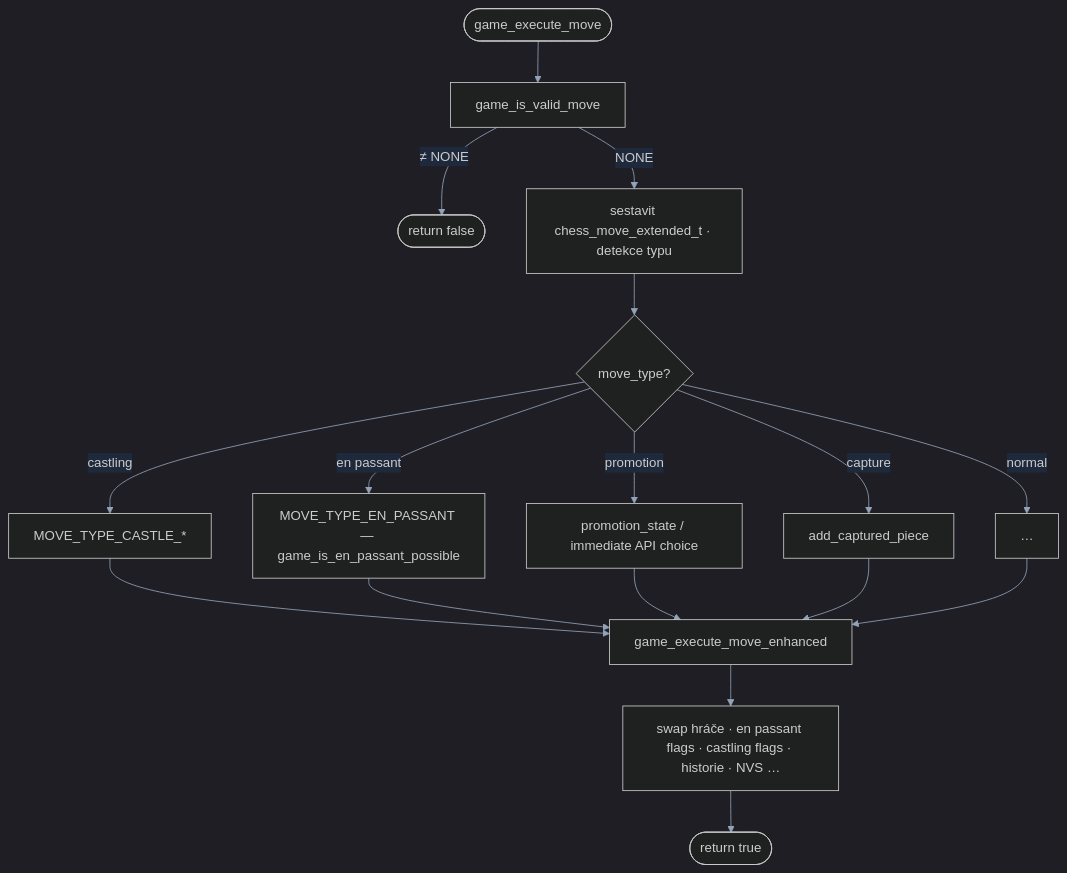
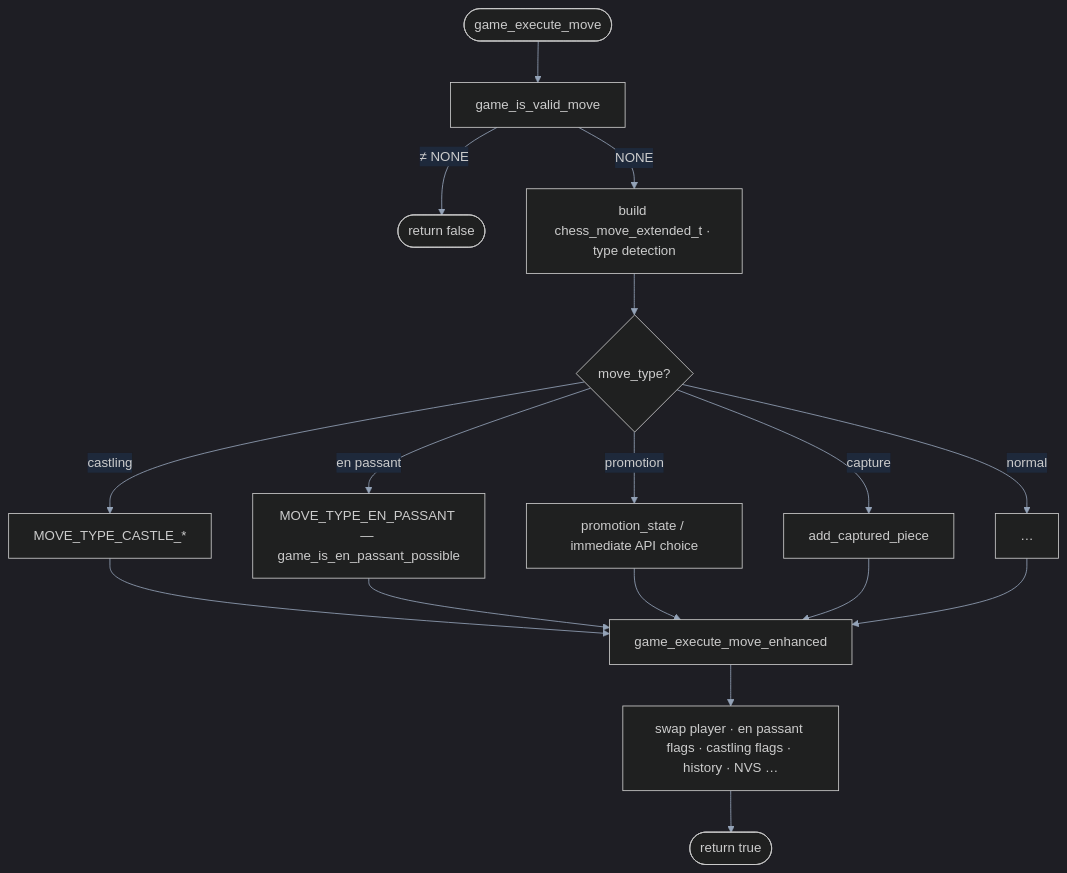
Before and after one commit to AlfredKrutina/chess_esp32_c6_devkit: the diagram in docs/diagrams/sources/chess_execute_move_pipeline.mmd, drawn with Mermaid. The commit also changed 372 other files, not shown here.

```diff
--- a/docs/diagrams/sources/chess_execute_move_pipeline.mmd
+++ b/docs/diagrams/sources/chess_execute_move_pipeline.mmd
@@ -1,22 +1,22 @@
-%% game_execute_move — od validace po změnu stavu desky
+%% game_execute_move — from validation to board state change
 %%{init: {'theme':'dark','themeVariables':{'fontFamily':'system-ui,sans-serif','clusterBkg':'#0f172a','clusterBorder':'#334155','lineColor':'#94a3b8','primaryTextColor':'#f1f5f9','edgeLabelBackground':'#1e293b','titleColor':'#f8fafc'}}}%%
 flowchart TD
   E([game_execute_move]) --> V[game_is_valid_move]
   V -->|≠ NONE| FAIL([return false])
-  V -->|NONE| EXT[sestavit chess_move_extended_t · detekce typu]
+  V -->|NONE| EXT[build chess_move_extended_t · type detection]
 
   EXT --> KIND{move_type?}
   KIND -->|castling| C[MOVE_TYPE_CASTLE_*]
   KIND -->|en passant| EP[MOVE_TYPE_EN_PASSANT — game_is_en_passant_possible]
   KIND -->|promotion| PR[promotion_state / immediate API choice]
   KIND -->|capture| CAP[add_captured_piece]
   KIND -->|normal| NORM[…]
 
   C --> EXEC[game_execute_move_enhanced]
   EP --> EXEC
   PR --> EXEC
   CAP --> EXEC
   NORM --> EXEC
 
-  EXEC --> POST[swap hráče · en passant flags · castling flags · historie · NVS …]
+  EXEC --> POST[swap player · en passant flags · castling flags · history · NVS …]
   POST --> OK([return true])
```
